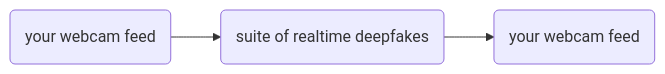
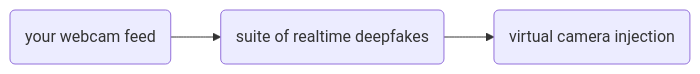
One commit to sensity-ai/dot changed the diagram in README.md. Above: the diagram before and after it, drawn with Mermaid.

Commit message:
:memo: update README
fix mermaid flowchart

````diff
--- a/README.md
+++ b/README.md
@@ -29,5 +29,5 @@
 ```mermaid
 flowchart LR;
     A(your webcam feed) --> B(suite of realtime deepfakes);
-    B(suite of realtime deepfakes) --> C(your webcam feed);
+    B(suite of realtime deepfakes) --> C(virtual camera injection);
 ```
````
